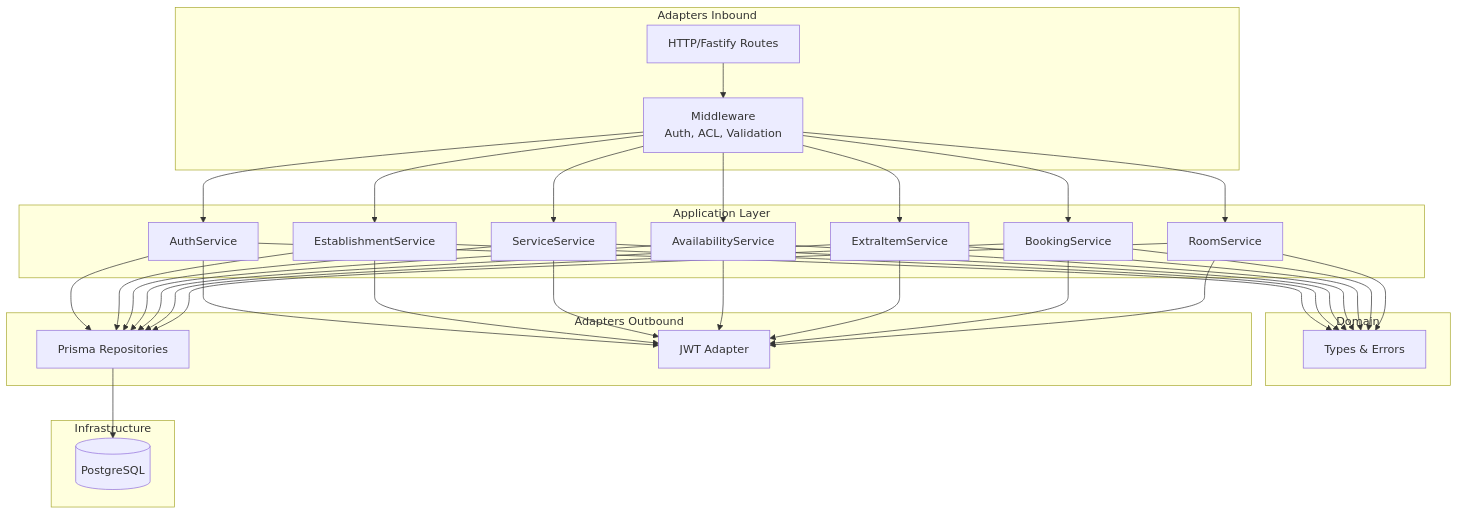
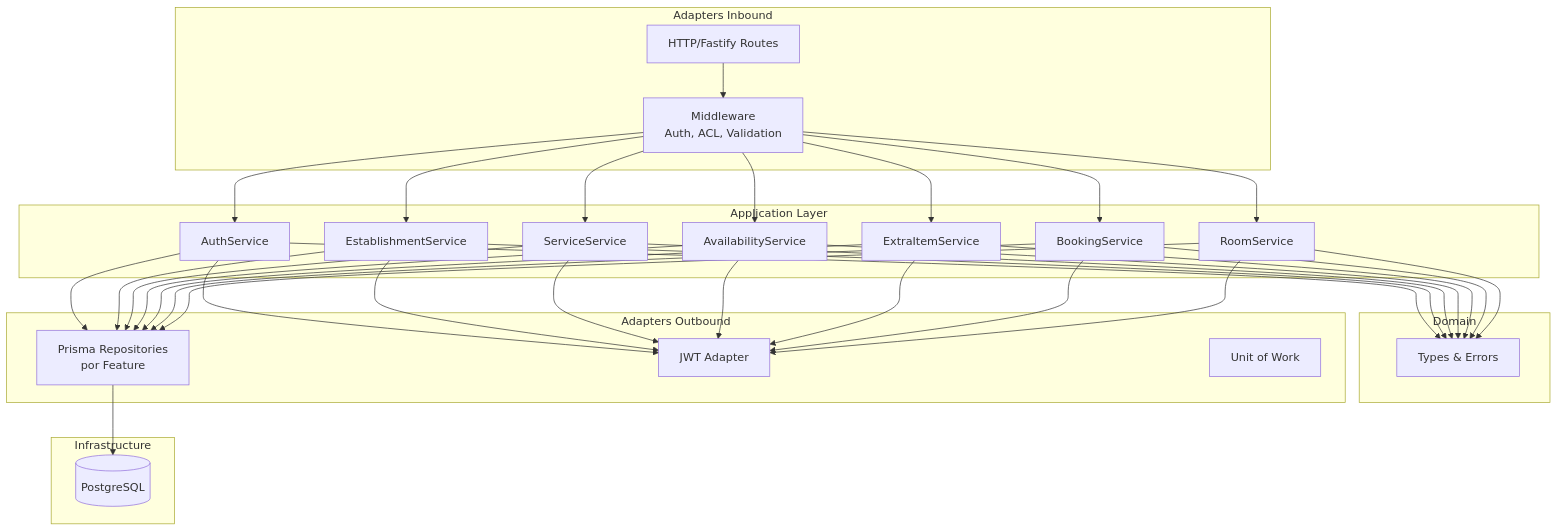
The first of 10 diagrams in README.md (Nicasiomarques/booking-host), drawn with Mermaid before and after one commit. The commit also changed other lines of this file and 44 other files, not shown here.

First line of the commit message:
refactor(10): modularize backend architecture

````diff
--- a/README.md
+++ b/README.md
@@ -40,36 +40,37 @@
 ```mermaid
 graph TB
     subgraph "Adapters Inbound"
         HTTP[HTTP/Fastify Routes]
         MW[Middleware<br/>Auth, ACL, Validation]
     end
 
     subgraph "Application Layer"
         AS[AuthService]
         ES[EstablishmentService]
         SS[ServiceService]
         AVS[AvailabilityService]
         EIS[ExtraItemService]
         BS[BookingService]
         RS[RoomService]
     end
 
     subgraph "Domain"
         DT[Types & Errors]
     end
 
     subgraph "Adapters Outbound"
-        PR[Prisma Repositories]
+        PR[Prisma Repositories<br/>por Feature]
         JWT[JWT Adapter]
+        UOW[Unit of Work]
     end
 
     subgraph "Infrastructure"
         DB[(PostgreSQL)]
     end
 
     HTTP --> MW
     MW --> AS & ES & SS & AVS & EIS & BS & RS
     AS & ES & SS & AVS & EIS & BS & RS --> DT
     AS & ES & SS & AVS & EIS & BS & RS --> PR & JWT
     PR --> DB
 ```
````
